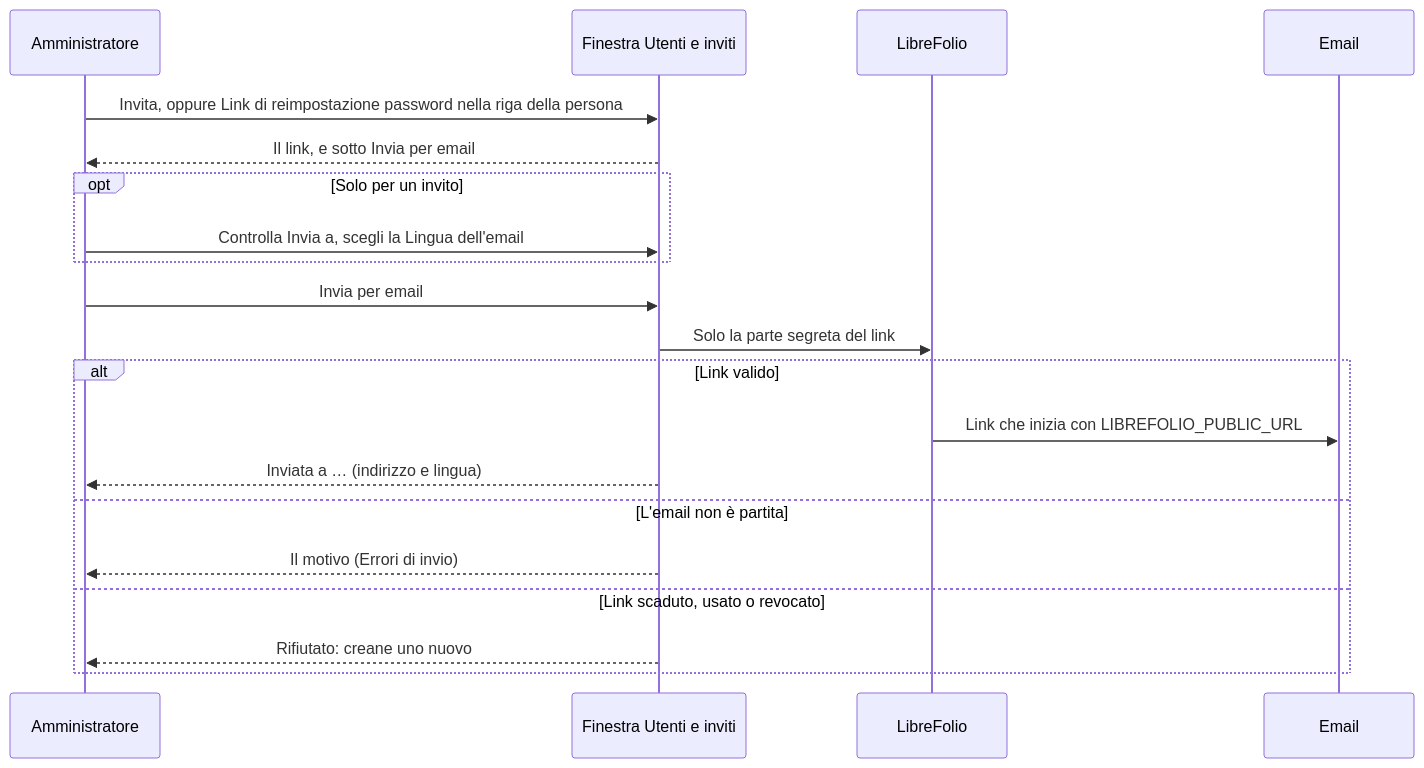
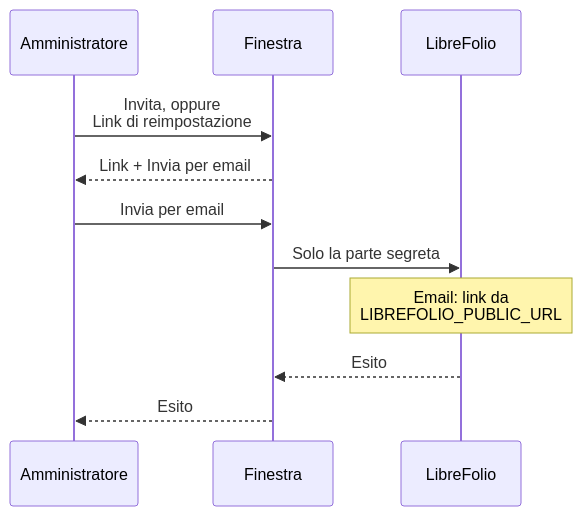
The second of 18 diagrams in mkdocs_src/docs/admin/email_flows.it.md (Librefolio/LibreFolio), drawn with Mermaid before and after one commit. The commit also changed other lines of this file, not shown here.

Commit message:
docs(admin): email flows diagrams small and separate, ELK where it reads better (it)

````diff
--- a/mkdocs_src/docs/admin/email_flows.it.md
+++ b/mkdocs_src/docs/admin/email_flows.it.md
@@ -86,22 +91,20 @@
 ```mermaid
+---
+config:
+  sequence:
+    actorMargin: 20
+    width: 120
+    messageMargin: 20
+---
 sequenceDiagram
     participant A as Amministratore
-    participant F as Finestra Utenti e inviti
+    participant F as Finestra
     participant L as LibreFolio
-    participant E as Email
-    A->>F: Invita, oppure Link di reimpostazione password nella riga della persona
-    F-->>A: Il link, e sotto Invia per email
-    opt Solo per un invito
-        A->>F: Controlla Invia a, scegli la Lingua dell'email
-    end
+    A->>F: Invita, oppure<br>Link di reimpostazione
+    F-->>A: Link + Invia per email
     A->>F: Invia per email
-    F->>L: Solo la parte segreta del link
-    alt Link valido
-        L->>E: Link che inizia con LIBREFOLIO_PUBLIC_URL
-        F-->>A: Inviata a … (indirizzo e lingua)
-    else L'email non è partita
-        F-->>A: Il motivo (Errori di invio)
-    else Link scaduto, usato o revocato
-        F-->>A: Rifiutato: creane uno nuovo
-    end
+    F->>L: Solo la parte segreta
+    Note over L: Email: link da<br>LIBREFOLIO_PUBLIC_URL
+    L-->>F: Esito
+    F-->>A: Esito
 ```
````
